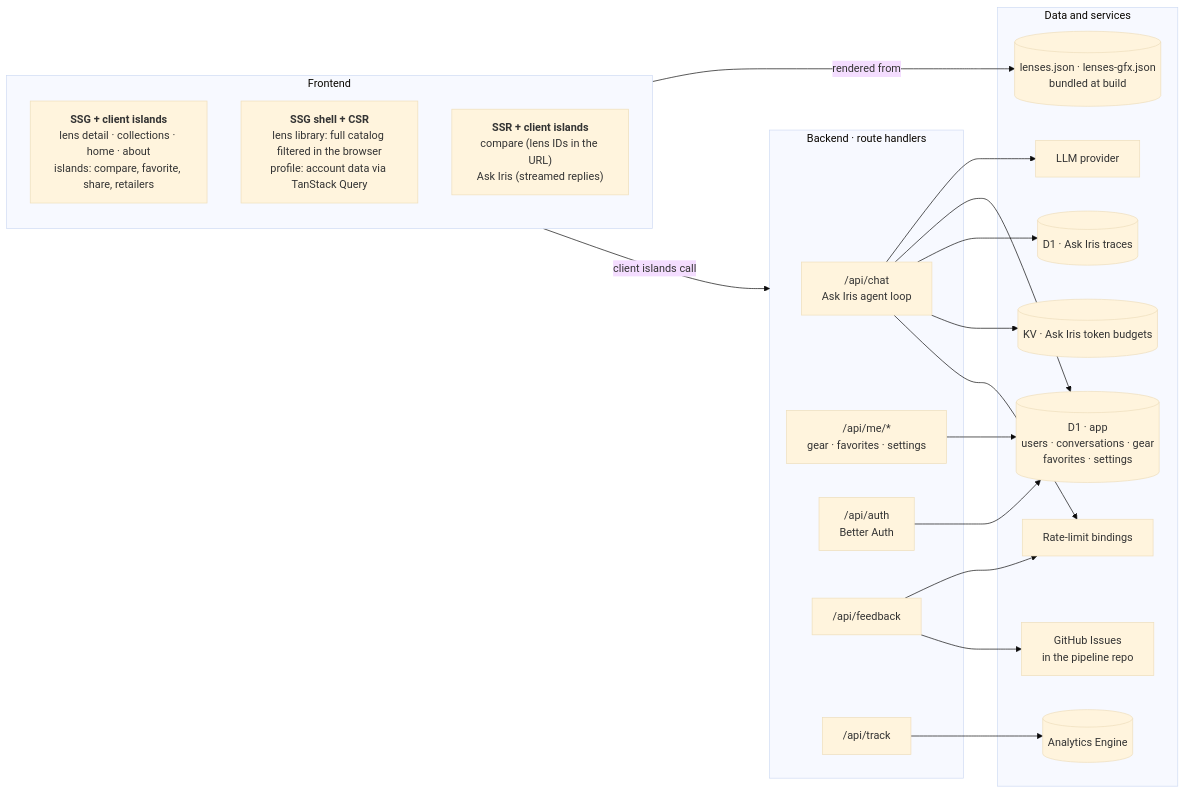
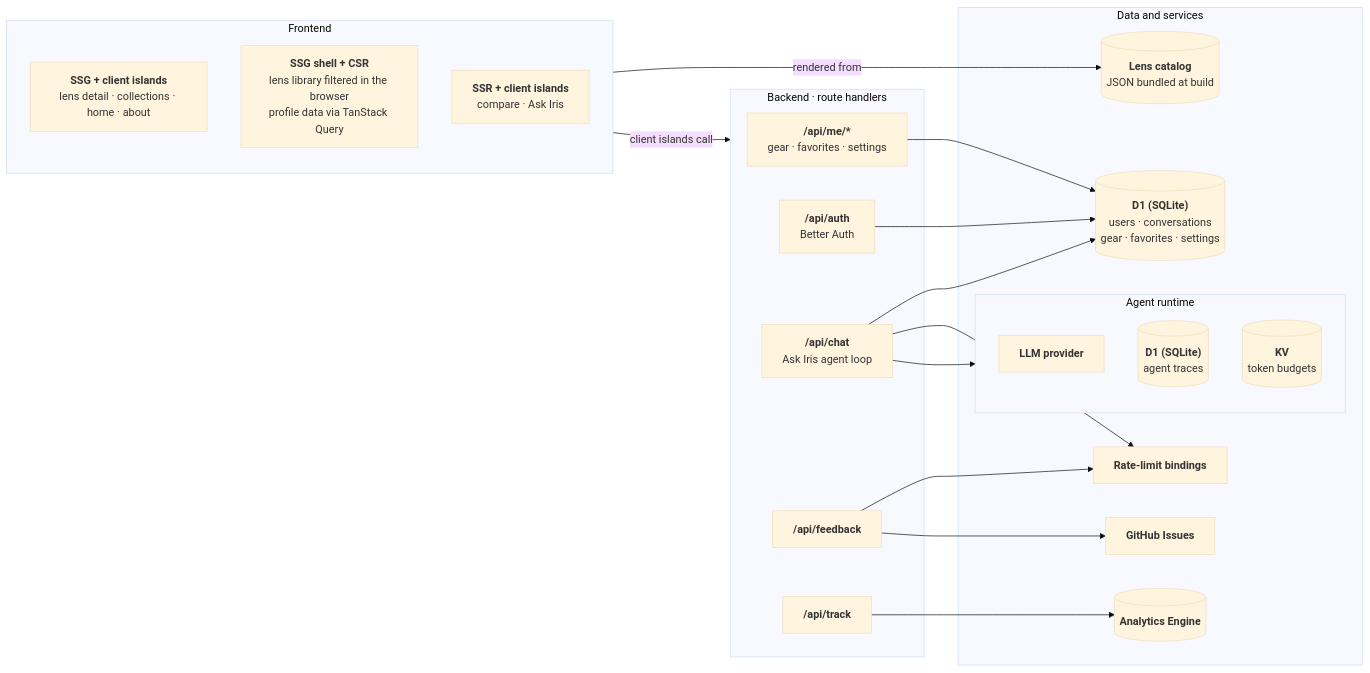
Before and after one commit to sentacraft/atlens: the first of 3 diagrams in README.md, drawn with Mermaid (base theme).

Commit message:
docs: simplify the architecture diagram's labels and edges

````diff
--- a/README.md
+++ b/README.md
@@ -56,34 +56,37 @@
 ```mermaid
 flowchart LR
   subgraph frontend["Frontend"]
-    SSG["<b>SSG + client islands</b><br/>lens detail · collections · home · about<br/>islands: compare, favorite, share, retailers"]
-    CSR["<b>SSG shell + CSR</b><br/>lens library: full catalog filtered in the browser<br/>profile: account data via TanStack Query"]
-    SSR["<b>SSR + client islands</b><br/>compare (lens IDs in the URL)<br/>Ask Iris (streamed replies)"]
+    SSG["<b>SSG + client islands</b><br/>lens detail · collections · home · about"]
+    CSR["<b>SSG shell + CSR</b><br/>lens library filtered in the browser<br/>profile data via TanStack Query"]
+    SSR["<b>SSR + client islands</b><br/>compare · Ask Iris"]
   end
 
   subgraph backend["Backend · route handlers"]
-    CHAT["/api/chat<br/>Ask Iris agent loop"]
-    ME["/api/me/*<br/>gear · favorites · settings"]
-    AUTH["/api/auth<br/>Better Auth"]
-    FEEDBACK["/api/feedback"]
-    TRACK["/api/track"]
+    ME["<b>/api/me/*</b><br/>gear · favorites · settings"]
+    AUTH["<b>/api/auth</b><br/>Better Auth"]
+    CHAT["<b>/api/chat</b><br/>Ask Iris agent loop"]
+    FEEDBACK["<b>/api/feedback</b>"]
+    TRACK["<b>/api/track</b>"]
   end
 
   subgraph services["Data and services"]
-    LENSDATA[("lenses.json · lenses-gfx.json<br/>bundled at build")]
-    APPDB[("D1 · app<br/>users · conversations · gear<br/>favorites · settings")]
-    TRACES[("D1 · Ask Iris traces")]
-    BUDGET[("KV · Ask Iris token budgets")]
-    LIMITS["Rate-limit bindings"]
-    EVENTS[("Analytics Engine")]
-    LLM["LLM provider"]
-    ISSUES["GitHub Issues<br/>in the pipeline repo"]
+    LENSDATA[("<b>Lens catalog</b><br/>JSON bundled at build")]
+    APPDB[("<b>D1 (SQLite)</b><br/>users · conversations<br/>gear · favorites · settings")]
+    subgraph agent["Agent runtime"]
+      LLM["<b>LLM provider</b>"]
+      TRACES[("<b>D1 (SQLite)</b><br/>agent traces")]
+      BUDGET[("<b>KV</b><br/>token budgets")]
+    end
+    LIMITS["<b>Rate-limit bindings</b>"]
+    ISSUES["<b>GitHub Issues</b>"]
+    EVENTS[("<b>Analytics Engine</b>")]
   end
 
   frontend -->|"rendered from"| LENSDATA
   frontend -->|"client islands call"| backend
-  CHAT --> LLM & APPDB & TRACES & BUDGET & LIMITS
-  FEEDBACK --> LIMITS & ISSUES
-  ME & AUTH --> APPDB
+  ME & AUTH & CHAT --> APPDB
+  CHAT --> agent
+  CHAT & FEEDBACK --> LIMITS
+  FEEDBACK --> ISSUES
   TRACK --> EVENTS
 ```
````
